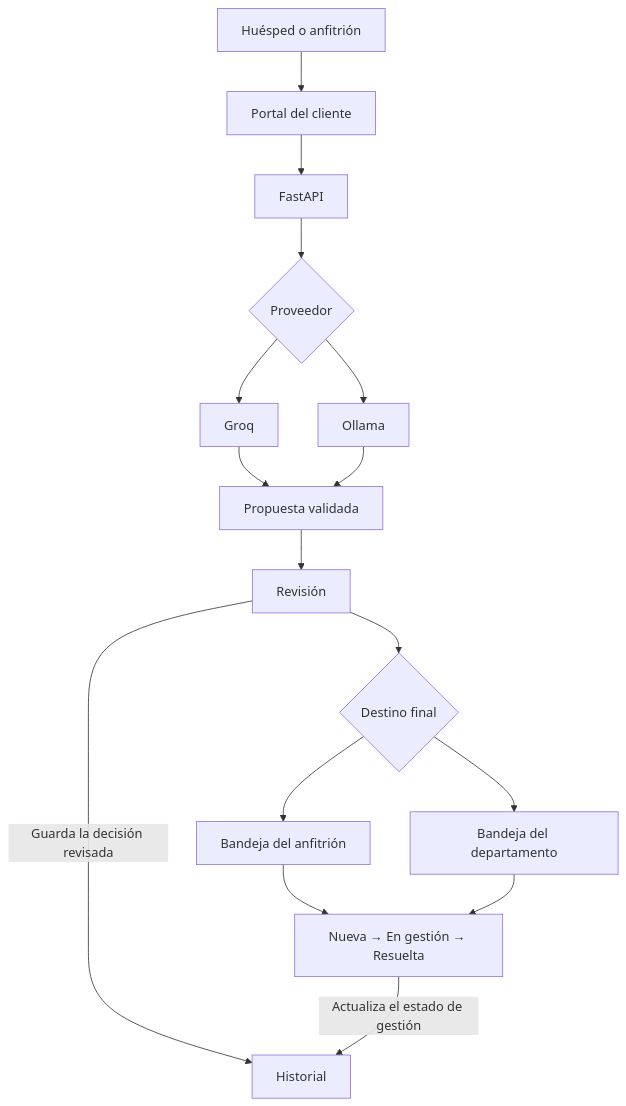
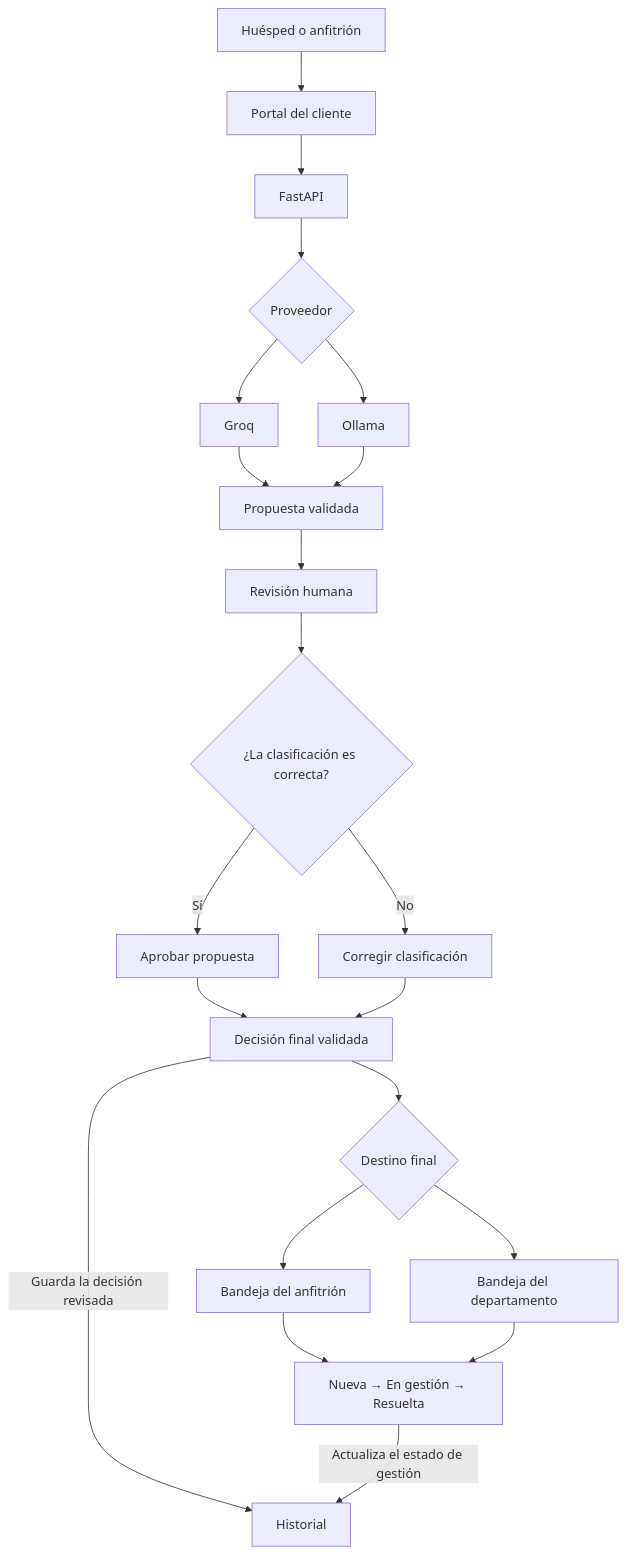
Before and after one commit to Gema-Villanueva/PRIO: the diagram in README.md, drawn with Mermaid.

Commit message:
docs: clarify human review flow

````diff
--- a/README.md
+++ b/README.md
@@ -53,18 +53,23 @@
 ```mermaid
 flowchart TD
     A[Huésped o anfitrión] --> B[Portal del cliente]
     B --> C[FastAPI]
     C --> D{Proveedor}
     D --> E[Groq]
     D --> F[Ollama]
     E --> G[Propuesta validada]
     F --> G
-    G --> H[Revisión]
-    H --> I{Destino final}
-    I --> J[Bandeja del anfitrión]
-    I --> K[Bandeja del departamento]
+    G --> H[Revisión humana]
+    H --> I{¿La clasificación es correcta?}
+    I -->|Sí| N[Aprobar propuesta]
+    I -->|No| O[Corregir clasificación]
+    N --> P[Decisión final validada]
+    O --> P
+    P --> Q{Destino final}
+    Q --> J[Bandeja del anfitrión]
+    Q --> K[Bandeja del departamento]
     J --> L[Nueva → En gestión → Resuelta]
     K --> L
-    H -->|Guarda la decisión revisada| M[Historial]
+    P -->|Guarda la decisión revisada| M[Historial]
     L -->|Actualiza el estado de gestión| M
 ```
````
